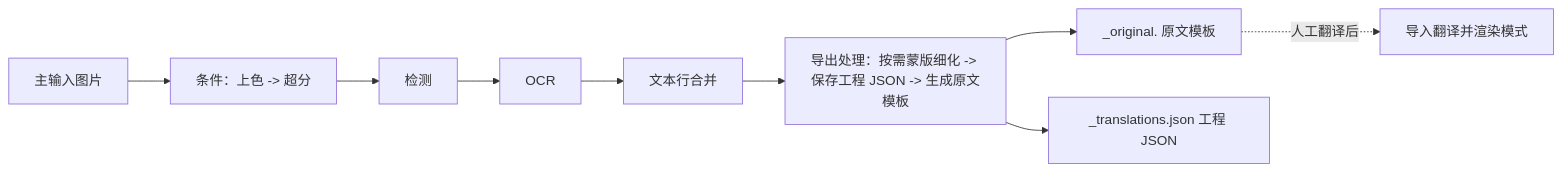
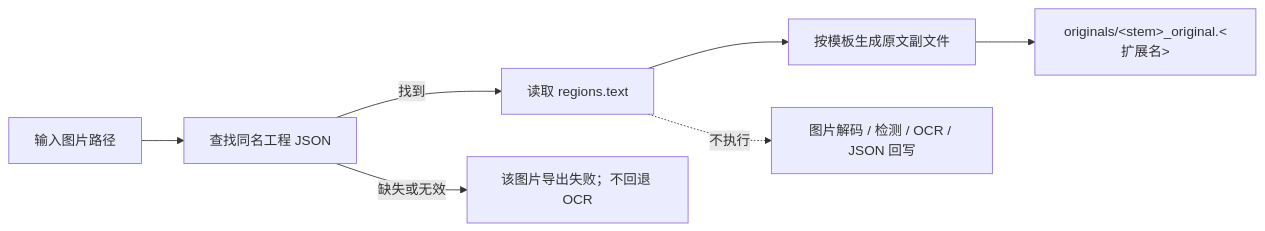
One commit to hgmzhn/manga-translator-ui changed the diagram in doc/wiki/zh/workflows/export-original.md. Above: the diagram before and after it, drawn with Mermaid. The commit also changed other lines of this file and 28 other files, not shown here.

Commit message:
feat: export text from local project JSON

````diff
--- a/doc/wiki/zh/workflows/export-original.md
+++ b/doc/wiki/zh/workflows/export-original.md
@@ -36,9 +36,8 @@
 ```mermaid
 flowchart LR
-    Input["主输入图片"] --> Pre["条件：上色 -> 超分"]
-    Pre --> Detect["检测"] --> OCR["OCR"] --> Merge["文本行合并"]
-    Merge --> Export["导出处理：按需蒙版细化 -> 保存工程 JSON -> 生成原文模板"]
-    Export --> Tpl["_original.<format> 原文模板"]
-    Export --> Json["_translations.json 工程 JSON"]
-    Tpl -. "人工翻译后" .-> Import["导入翻译并渲染模式"]
+    Input["输入图片路径"] --> Find["查找同名工程 JSON"]
+    Find -->|找到| Read["读取 regions.text"] --> Export["按模板生成原文副文件"]
+    Export --> Tpl["originals/&lt;stem&gt;_original.&lt;扩展名&gt;"]
+    Find -->|缺失或无效| Fail["该图片导出失败；不回退 OCR"]
+    Read -. "不执行" .-> Skip["图片解码 / 检测 / OCR / JSON 回写"]
 ```
````
